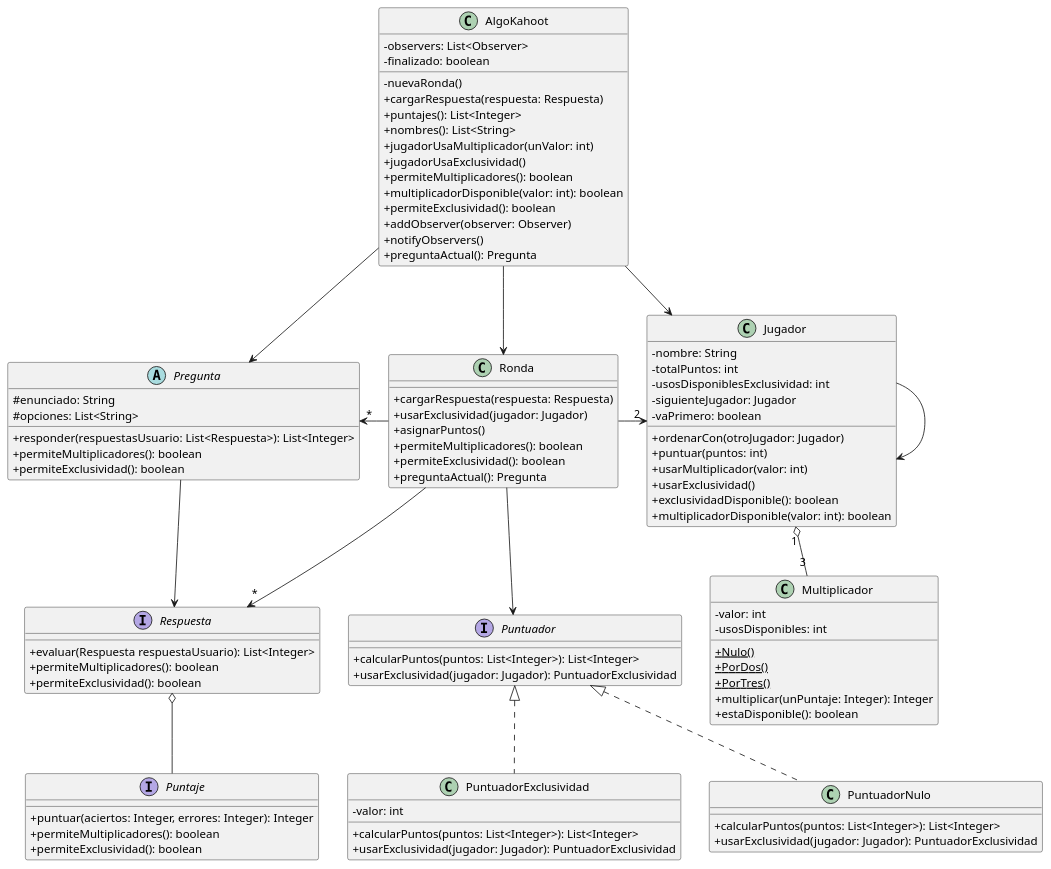
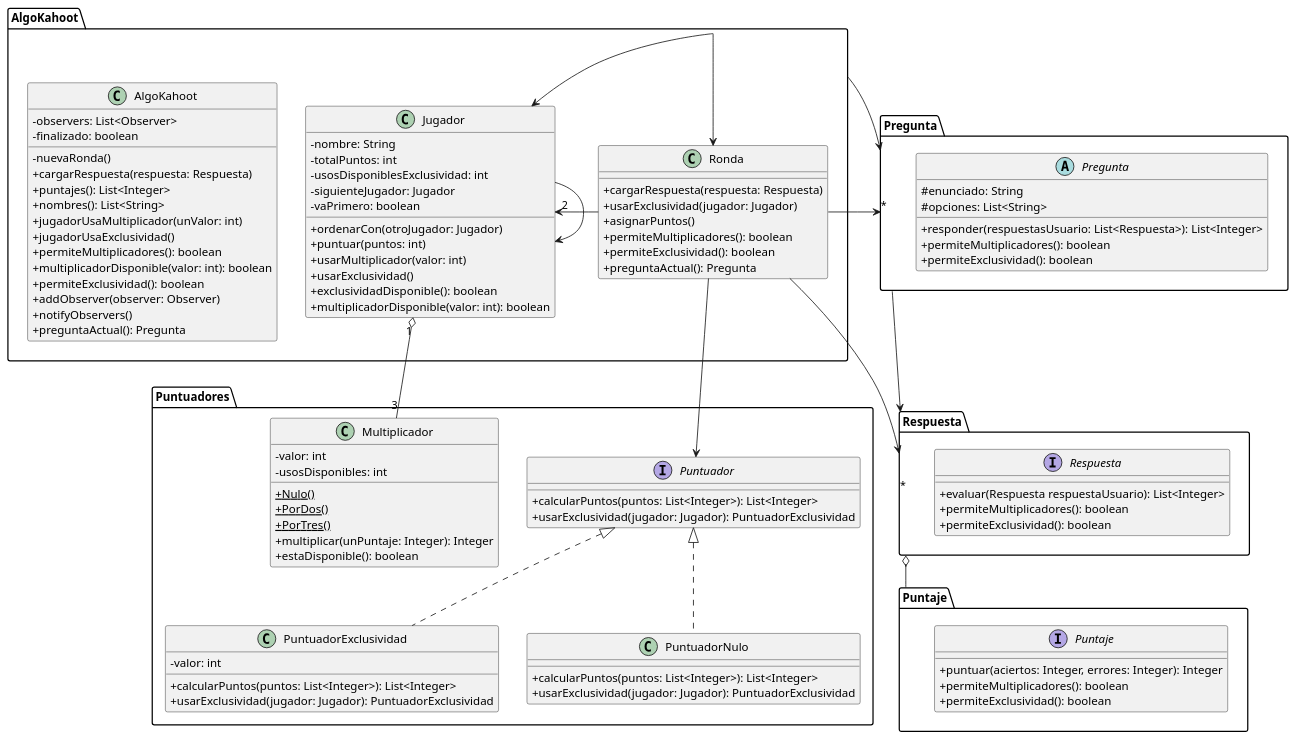
Before and after one commit to gcc-cdimatteo/Algoritmos-y-Programacion-III-75.07: the diagram in Documentacion/Diagramas de Clases/Diagrama de Clases General.puml, drawn with PlantUML. The commit also changed 14 other files, not shown here.

Commit message:
uml: diagramas de clases y paquetes

```diff
--- a/Documentacion/Diagramas de Clases/Diagrama de Clases General.puml
+++ b/Documentacion/Diagramas de Clases/Diagrama de Clases General.puml
@@ -1,120 +1,124 @@
 @startuml
 skinparam classAttributeIconSize 0
 
-class AlgoKahoot {
-    - observers: List<Observer>
-    - finalizado: boolean
-    - nuevaRonda()
-    + cargarRespuesta(respuesta: Respuesta)
-    + puntajes(): List<Integer>
-    + nombres(): List<String>
-    + jugadorUsaMultiplicador(unValor: int)
-    + jugadorUsaExclusividad()
-    + permiteMultiplicadores(): boolean
-    + multiplicadorDisponible(valor: int): boolean
-    + permiteExclusividad(): boolean
-    + addObserver(observer: Observer)
-    + notifyObservers()
-    + preguntaActual(): Pregunta
+package AlgoKahoot {
+    class AlgoKahoot {
+        - observers: List<Observer>
+        - finalizado: boolean
+        - nuevaRonda()
+        + cargarRespuesta(respuesta: Respuesta)
+        + puntajes(): List<Integer>
+        + nombres(): List<String>
+        + jugadorUsaMultiplicador(unValor: int)
+        + jugadorUsaExclusividad()
+        + permiteMultiplicadores(): boolean
+        + multiplicadorDisponible(valor: int): boolean
+        + permiteExclusividad(): boolean
+        + addObserver(observer: Observer)
+        + notifyObservers()
+        + preguntaActual(): Pregunta
+    }
+    class Jugador {
+        - nombre: String
+        - totalPuntos: int
+        - usosDisponiblesExclusividad: int
+        - siguienteJugador: Jugador
+        - vaPrimero: boolean
+        + ordenarCon(otroJugador: Jugador)
+        + puntuar(puntos: int)
+        + usarMultiplicador(valor: int)
+        + usarExclusividad()
+        + exclusividadDisponible(): boolean
+        + multiplicadorDisponible(valor: int): boolean
+    }
+    class Ronda {
+        + cargarRespuesta(respuesta: Respuesta)
+        + usarExclusividad(jugador: Jugador)
+        + asignarPuntos()
+        + permiteMultiplicadores(): boolean
+        + permiteExclusividad(): boolean
+        + preguntaActual(): Pregunta
+    }
 }
 
-abstract class Pregunta {
-    # enunciado: String
-    # opciones: List<String>
-    + responder(respuestasUsuario: List<Respuesta>): List<Integer>
-    + permiteMultiplicadores(): boolean
-    + permiteExclusividad(): boolean
+package Pregunta {
+    abstract class Pregunta {
+        # enunciado: String
+        # opciones: List<String>
+        + responder(respuestasUsuario: List<Respuesta>): List<Integer>
+        + permiteMultiplicadores(): boolean
+        + permiteExclusividad(): boolean
+    }
 }
 
-interface Puntaje {
-    + puntuar(aciertos: Integer, errores: Integer): Integer
-    + permiteMultiplicadores(): boolean
-    + permiteExclusividad(): boolean
+package Puntaje {
+    interface Puntaje {
+        + puntuar(aciertos: Integer, errores: Integer): Integer
+        + permiteMultiplicadores(): boolean
+        + permiteExclusividad(): boolean
+    }
 }
 
-class Jugador {
-    - nombre: String
-    - totalPuntos: int
-    - usosDisponiblesExclusividad: int
-    - siguienteJugador: Jugador
-    - vaPrimero: boolean
-    + ordenarCon(otroJugador: Jugador)
-    + puntuar(puntos: int)
-    + usarMultiplicador(valor: int)
-    + usarExclusividad()
-    + exclusividadDisponible(): boolean
-    + multiplicadorDisponible(valor: int): boolean
+package Puntuadores {
+    class Multiplicador {
+        - valor: int
+        - usosDisponibles: int
+        + {static} Nulo()
+        + {static} PorDos()
+        + {static} PorTres()
+        + multiplicar(unPuntaje: Integer): Integer
+        + estaDisponible(): boolean
+    }
+    interface Puntuador {
+        + calcularPuntos(puntos: List<Integer>): List<Integer>
+        + usarExclusividad(jugador: Jugador): PuntuadorExclusividad
+    }
+    class PuntuadorExclusividad {
+        - valor: int
+        + calcularPuntos(puntos: List<Integer>): List<Integer>
+        + usarExclusividad(jugador: Jugador): PuntuadorExclusividad
+    }
+    class PuntuadorNulo {
+        + calcularPuntos(puntos: List<Integer>): List<Integer>
+        + usarExclusividad(jugador: Jugador): PuntuadorExclusividad
+    }
 }
 
-class Ronda {
-    + cargarRespuesta(respuesta: Respuesta)
-    + usarExclusividad(jugador: Jugador)
-    + asignarPuntos()
-    + permiteMultiplicadores(): boolean
-    + permiteExclusividad(): boolean
-    + preguntaActual(): Pregunta
+package Respuesta {
+    interface Respuesta {
+        + evaluar(Respuesta respuestaUsuario): List<Integer>
+        + permiteMultiplicadores(): boolean
+        + permiteExclusividad(): boolean
+    }
 }
-
-class Multiplicador {
-    - valor: int
-    - usosDisponibles: int
-    + {static} Nulo()
-    + {static} PorDos()
-    + {static} PorTres()
-    + multiplicar(unPuntaje: Integer): Integer
-    + estaDisponible(): boolean
-}
-
-interface Puntuador {
-    + calcularPuntos(puntos: List<Integer>): List<Integer>
-    + usarExclusividad(jugador: Jugador): PuntuadorExclusividad
-}
-
-class PuntuadorExclusividad {
-    - valor: int
-    + calcularPuntos(puntos: List<Integer>): List<Integer>
-    + usarExclusividad(jugador: Jugador): PuntuadorExclusividad
-}
-
-class PuntuadorNulo {
-    + calcularPuntos(puntos: List<Integer>): List<Integer>
-    + usarExclusividad(jugador: Jugador): PuntuadorExclusividad
-}
-
-interface Respuesta {
-    + evaluar(Respuesta respuestaUsuario): List<Integer>
-    + permiteMultiplicadores(): boolean
-    + permiteExclusividad(): boolean
-}
-
 
 'Ordenamiento De Cuadrados
 
 'Herencia --|> cumple la relación 'es un'
 
 'Asociacion --> un objeto guarda a otro
 Pregunta --> Respuesta
 Ronda -left-> "*" Pregunta
 Ronda -down-> Puntuador
 Ronda --> "*" Respuesta
 Ronda -right-> "2" Jugador
 AlgoKahoot --> Pregunta
 AlgoKahoot -down-> Ronda
 AlgoKahoot -down-> Jugador
 Jugador --> Jugador
 
 'Agregacion --o un objeto esta compuesto por otro pero no lo necesita para vivir
 Jugador "1" o-- "3" Multiplicador
 Respuesta o-- Puntaje
 
 'Composicion --* un objeto es dueño de otro
 
 'Dependencia ..> un objeto utiliza a otro porque lo recibe/devuelve
 'Respuesta <.right. AlgoKahoot
 
 'Interfaces ..|> colección de declaraciones de métodos sin implemetnar
 PuntuadorExclusividad .up.|> Puntuador
 PuntuadorNulo .up.|> Puntuador
 
 
 @enduml
```
